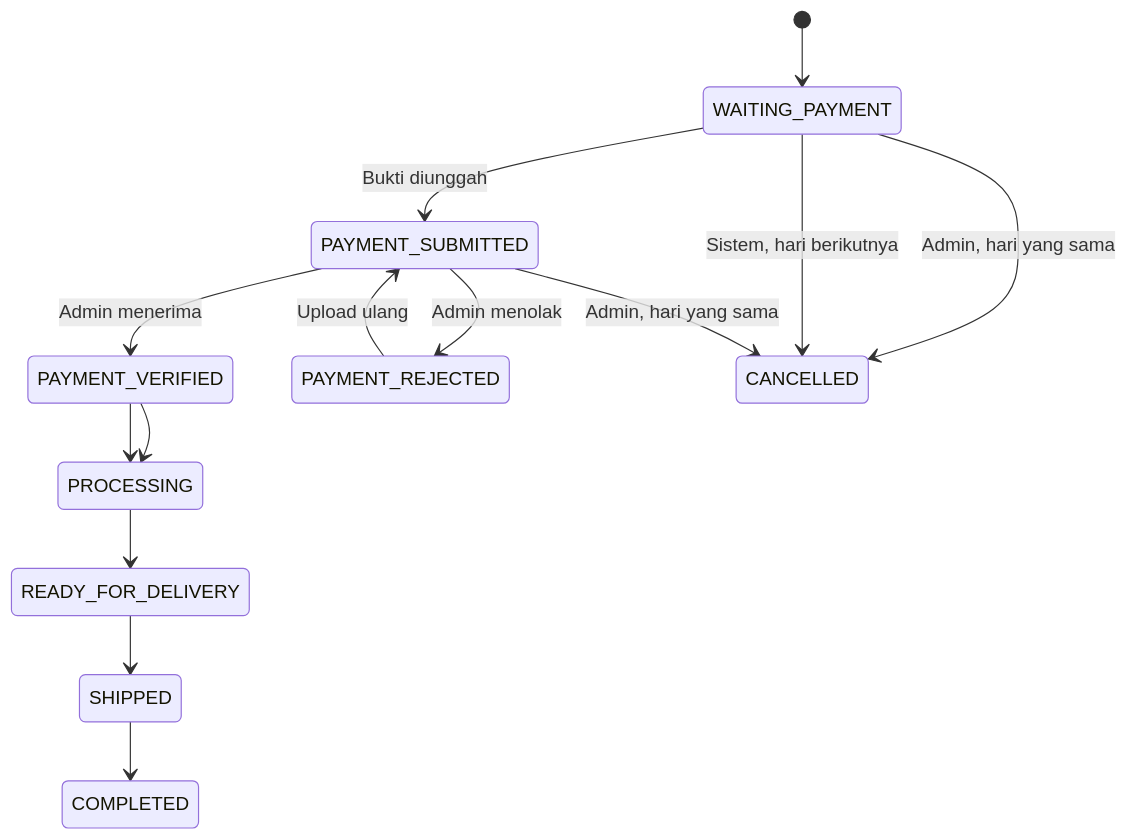
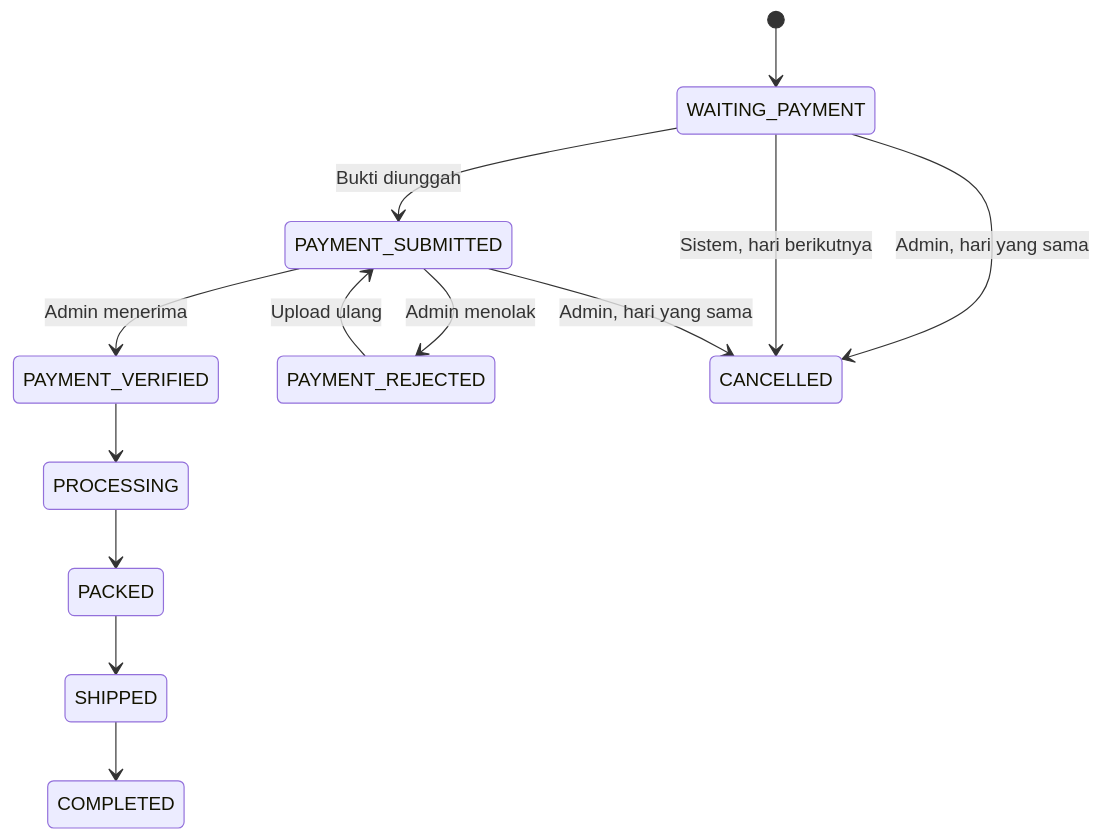
One commit to Webekspres/pixel-komunika changed the second of 2 diagrams in docs/requirements/FRD.md. Above: the diagram before and after it, drawn with Mermaid. The commit also changed other lines of this file and 7 other files, not shown here.

Commit message:
docs: align web-owned sales and fulfillment flow

````diff
--- a/docs/requirements/FRD.md
+++ b/docs/requirements/FRD.md
@@ -264,16 +266,15 @@
 ```mermaid
 stateDiagram-v2
     [*] --> WAITING_PAYMENT
     WAITING_PAYMENT --> PAYMENT_SUBMITTED: Bukti diunggah
     PAYMENT_SUBMITTED --> PAYMENT_VERIFIED: Admin menerima
     PAYMENT_SUBMITTED --> PAYMENT_REJECTED: Admin menolak
     PAYMENT_REJECTED --> PAYMENT_SUBMITTED: Upload ulang
     PAYMENT_VERIFIED --> PROCESSING
-    PROCESSING --> READY_FOR_DELIVERY
-    READY_FOR_DELIVERY --> SHIPPED
+    PROCESSING --> PACKED
+    PACKED --> SHIPPED
     SHIPPED --> COMPLETED
     WAITING_PAYMENT --> CANCELLED: Admin, hari yang sama
     WAITING_PAYMENT --> CANCELLED: Sistem, hari berikutnya
     PAYMENT_SUBMITTED --> CANCELLED: Admin, hari yang sama
-    PAYMENT_VERIFIED --> PROCESSING
 ```
````
